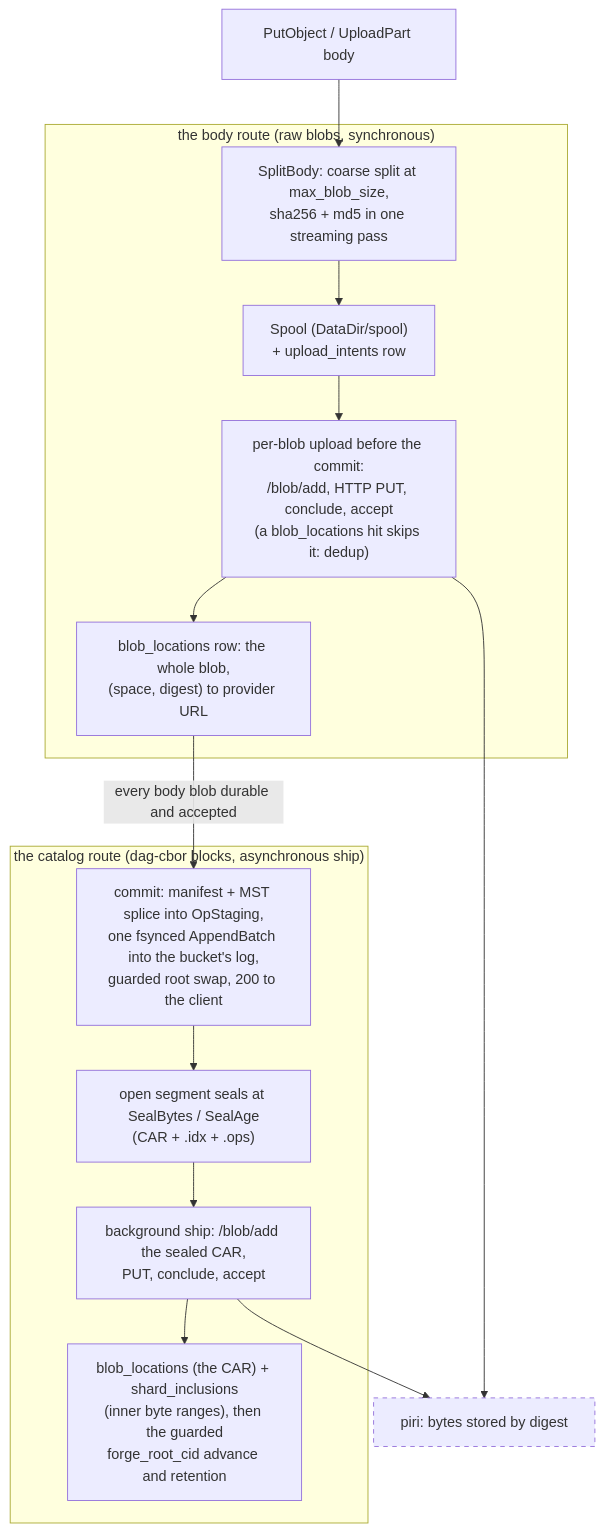
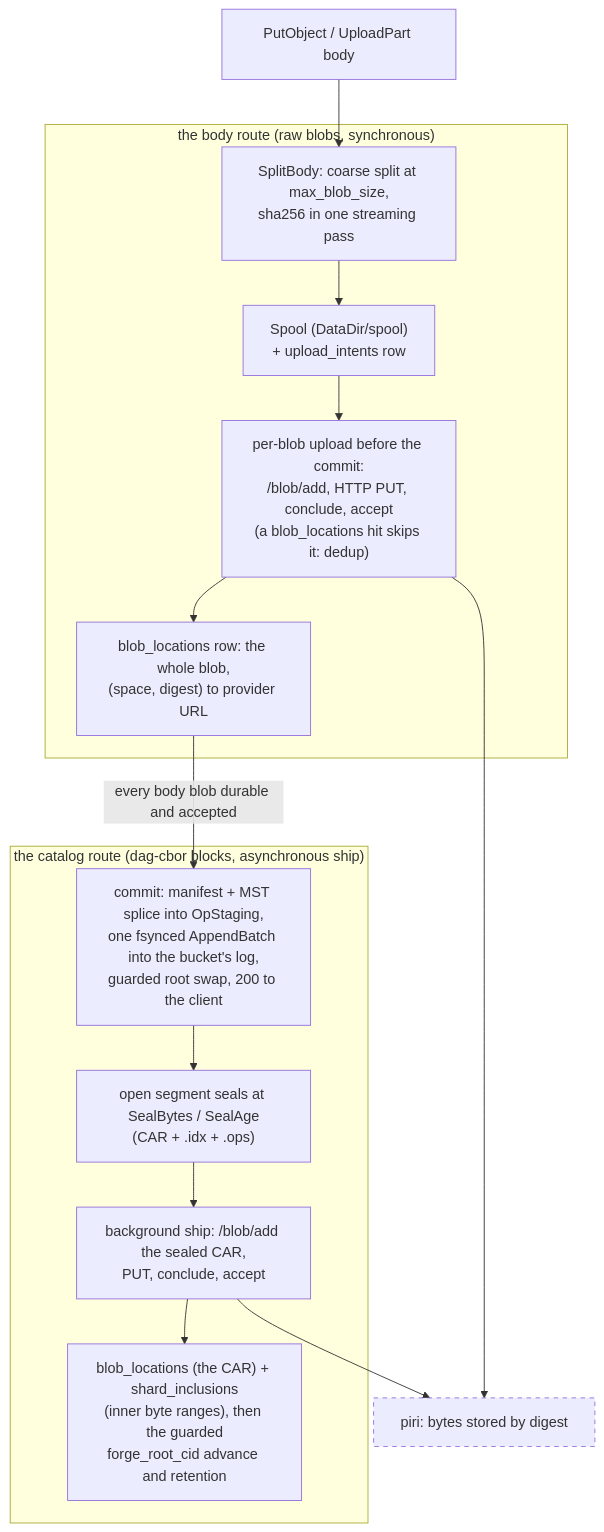
Before and after one commit to fil-forge/ingot: the third of 14 diagrams in docs/diagrams.md, drawn with Mermaid. The commit also changed other lines of this file and 37 other files, not shown here.

````diff
--- a/docs/diagrams.md
+++ b/docs/diagrams.md
@@ -174,30 +174,30 @@
 ```mermaid
 flowchart TB
     put["PutObject / UploadPart body"]
 
     subgraph bodyr["the body route (raw blobs, synchronous)"]
-        split["SplitBody: coarse split at max_blob_size,<br/>sha256 + md5 in one streaming pass"]
+        split["SplitBody: coarse split at max_blob_size,<br/>sha256 in one streaming pass"]
         spool["Spool (DataDir/spool)<br/>+ upload_intents row"]
         upload["per-blob upload before the commit:<br/>/blob/add, HTTP PUT, conclude, accept<br/>(a blob_locations hit skips it: dedup)"]
         bloc["blob_locations row: the whole blob,<br/>(space, digest) to provider URL"]
         split --> spool --> upload --> bloc
     end
 
     subgraph catr["the catalog route (dag-cbor blocks, asynchronous ship)"]
         commit["commit: manifest + MST splice into OpStaging,<br/>one fsynced AppendBatch into the bucket's log,<br/>guarded root swap, 200 to the client"]
         seal["open segment seals at SealBytes / SealAge<br/>(CAR + .idx + .ops)"]
         ship["background ship: /blob/add the sealed CAR,<br/>PUT, conclude, accept"]
         incl["blob_locations (the CAR) + shard_inclusions<br/>(inner byte ranges), then the guarded<br/>forge_root_cid advance and retention"]
         commit --> seal --> ship --> incl
     end
 
     piri["piri: bytes stored by digest"]
 
     put --> split
     bloc -->|"every body blob durable and accepted"| commit
     upload --> piri
     ship --> piri
 
     classDef external stroke-dasharray: 5 5
     class piri external
 ```
````
